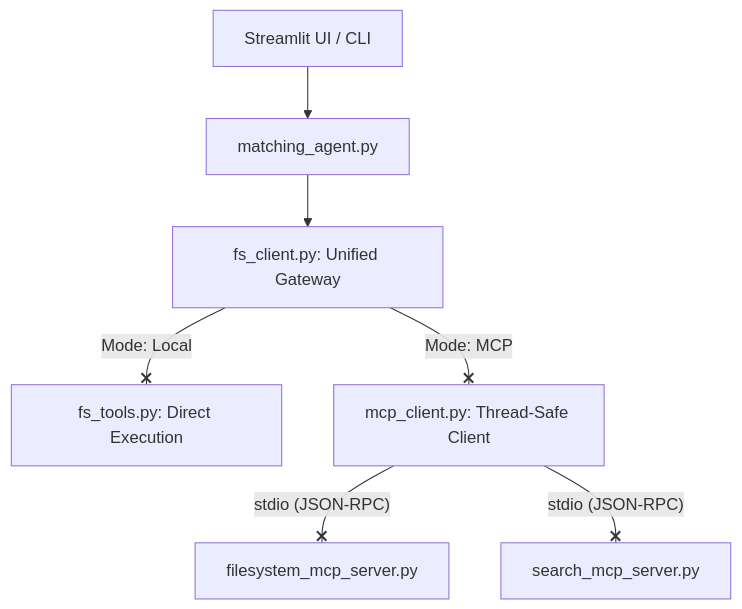
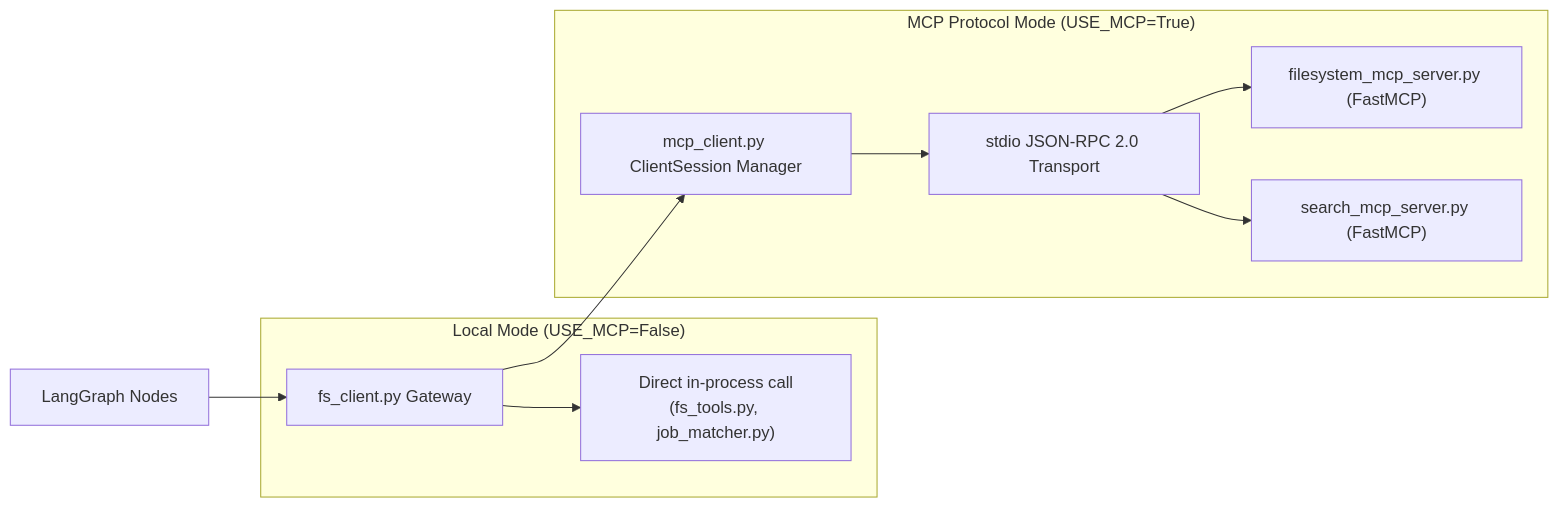
Before and after one commit to shashankch/agentic-profile-matching-engine: the fifth of 6 diagrams in docs/architecture.md, drawn with Mermaid. The commit also changed other lines of this file and 15 other files, not shown here.

First line of the commit message:
feat(ingestion): Phase 9.4 & Phase 10.1 - PyMuPDF layout ingestion, multi-factor scoring, & Update Architecture Decision Records (v1.0.0) (#19)

````diff
--- a/docs/architecture.md
+++ b/docs/architecture.md
@@ -318,11 +267,15 @@
 ```mermaid
-graph TD
-    User[Streamlit UI / CLI] --> Agent[matching_agent.py]
-    Agent --> Gateway[fs_client.py: Unified Gateway]
+graph LR
+    Agent[LangGraph Nodes] --> Gateway[fs_client.py Gateway]
     
-    Gateway -- Mode: Local --x DirectTools[fs_tools.py: Direct Execution]
-    Gateway -- Mode: MCP --x ClientManager[mcp_client.py: Thread-Safe Client]
-    
-    ClientManager -- stdio (JSON-RPC) --x ServerFS[filesystem_mcp_server.py]
-    ClientManager -- stdio (JSON-RPC) --x ServerSearch[search_mcp_server.py]
+    subgraph DirectMode ["Local Mode (USE_MCP=False)"]
+        Gateway --> InProcess["Direct in-process call<br/>(fs_tools.py, job_matcher.py)"]
+    end
+
+    subgraph MCPMode ["MCP Protocol Mode (USE_MCP=True)"]
+        Gateway --> Manager["mcp_client.py ClientSession Manager"]
+        Manager --> StdioTransport["stdio JSON-RPC 2.0 Transport"]
+        StdioTransport --> FSServer["filesystem_mcp_server.py (FastMCP)"]
+        StdioTransport --> SearchServer["search_mcp_server.py (FastMCP)"]
+    end
 ```
````
